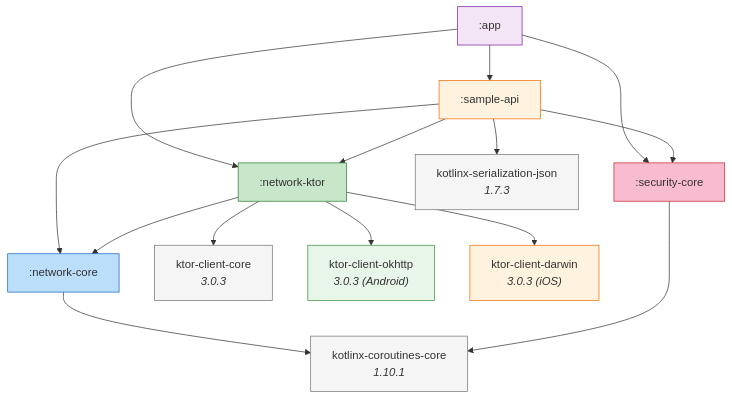
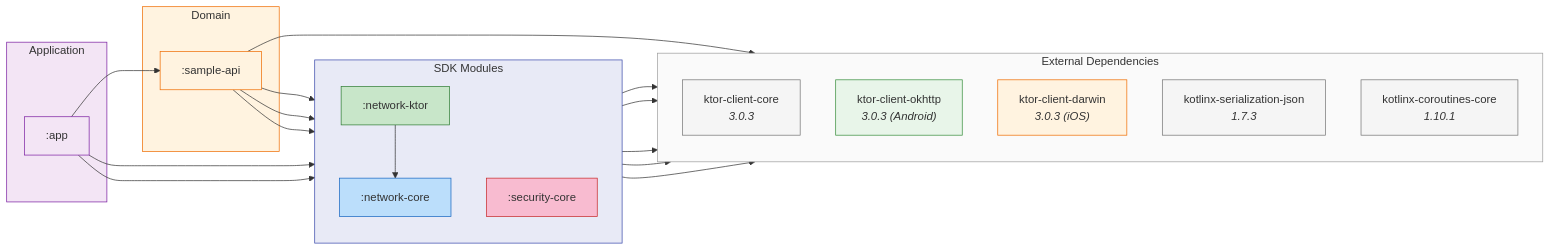
One commit to DanCrRdz93/core-data-platform changed the diagram in docs/diagrams/02-module-dependencies.md. Above: the diagram before and after it, drawn with Mermaid. The commit also changed 8 other files, not shown here.

Commit message:
update diagrams

````diff
--- a/docs/diagrams/02-module-dependencies.md
+++ b/docs/diagrams/02-module-dependencies.md
@@ -10,42 +10,58 @@
 ```mermaid
-graph TD
-    APP[":app"]
-    SA[":sample-api"]
-    NK[":network-ktor"]
-    NC[":network-core"]
-    SC[":security-core"]
+graph LR
+    subgraph App["Application"]
+        APP[":app"]
+    end
 
-    COROUTINES["kotlinx-coroutines-core<br/><i>1.10.1</i>"]
-    KTOR_CORE["ktor-client-core<br/><i>3.0.3</i>"]
-    KTOR_OK["ktor-client-okhttp<br/><i>3.0.3 (Android)</i>"]
-    KTOR_DAR["ktor-client-darwin<br/><i>3.0.3 (iOS)</i>"]
-    SER["kotlinx-serialization-json<br/><i>1.7.3</i>"]
+    subgraph Domain["Domain"]
+        SA[":sample-api"]
+    end
+
+    subgraph SDK["SDK Modules"]
+        direction TB
+        NK[":network-ktor"]
+        NC[":network-core"]
+        SC[":security-core"]
+    end
+
+    subgraph External["External Dependencies"]
+        direction TB
+        KTOR_CORE["ktor-client-core<br/><i>3.0.3</i>"]
+        KTOR_OK["ktor-client-okhttp<br/><i>3.0.3 (Android)</i>"]
+        KTOR_DAR["ktor-client-darwin<br/><i>3.0.3 (iOS)</i>"]
+        SER["kotlinx-serialization-json<br/><i>1.7.3</i>"]
+        COROUTINES["kotlinx-coroutines-core<br/><i>1.10.1</i>"]
+    end
 
     APP --> SA
     APP --> NK
     APP --> SC
 
     SA --> NC
     SA --> NK
     SA --> SC
     SA --> SER
 
     NK --> NC
     NK --> KTOR_CORE
     NK --> KTOR_OK
     NK --> KTOR_DAR
 
     NC --> COROUTINES
     SC --> COROUTINES
 
+    style App fill:#f3e5f5,stroke:#7b1fa2
+    style Domain fill:#fff3e0,stroke:#ef6c00
+    style SDK fill:#e8eaf6,stroke:#3949ab
+    style External fill:#fafafa,stroke:#9e9e9e
     style APP fill:#f3e5f5,stroke:#7b1fa2
     style SA fill:#fff3e0,stroke:#ef6c00
     style NK fill:#c8e6c9,stroke:#2e7d32
     style NC fill:#bbdefb,stroke:#1565c0
     style SC fill:#f8bbd0,stroke:#c62828
     style COROUTINES fill:#f5f5f5,stroke:#757575
     style KTOR_CORE fill:#f5f5f5,stroke:#757575
     style KTOR_OK fill:#e8f5e9,stroke:#388e3c
     style KTOR_DAR fill:#fff3e0,stroke:#ef6c00
     style SER fill:#f5f5f5,stroke:#757575
 ```
````
